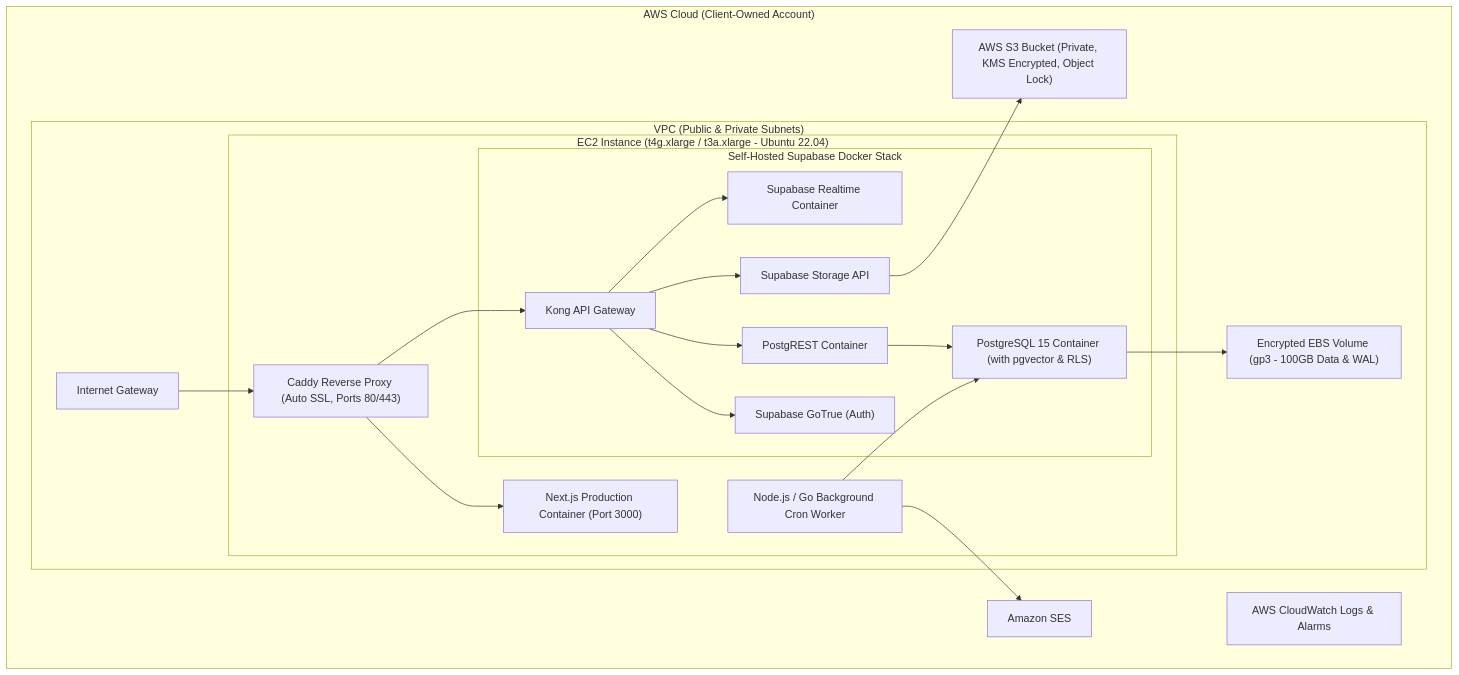
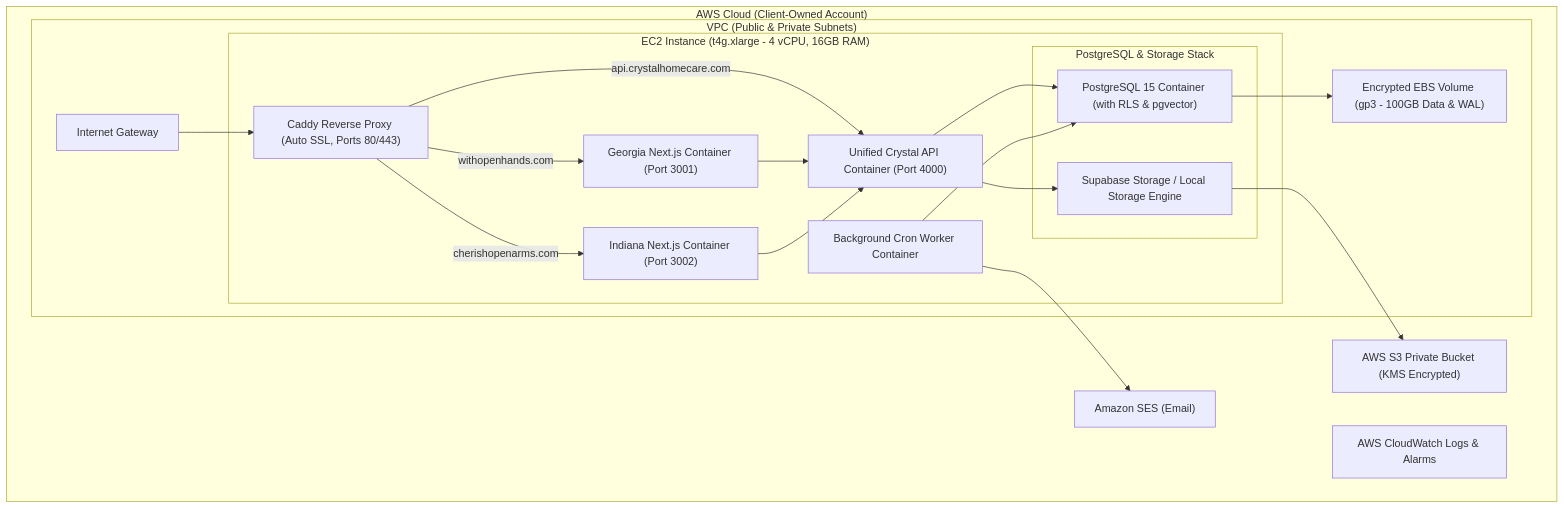
One commit to jico19/Crystal changed the fifth of 5 diagrams in docs/architecture.md. Above: the diagram before and after it, drawn with Mermaid. The commit also changed other lines of this file and 90 other files, not shown here.

````diff
--- a/docs/architecture.md
+++ b/docs/architecture.md
@@ -250,43 +460,43 @@
 ```mermaid
 graph TD
     subgraph AWS["AWS Cloud (Client-Owned Account)"]
         subgraph VPC["VPC (Public & Private Subnets)"]
             IGW["Internet Gateway"]
             
-            subgraph EC2Host["EC2 Instance (t4g.xlarge / t3a.xlarge - Ubuntu 22.04)"]
+            subgraph EC2Host["EC2 Instance (t4g.xlarge - 4 vCPU, 16GB RAM)"]
                 CaddyProxy["Caddy Reverse Proxy (Auto SSL, Ports 80/443)"]
-                NextAppContainer["Next.js Production Container (Port 3000)"]
                 
-                subgraph SupabaseDocker["Self-Hosted Supabase Docker Stack"]
-                    Kong["Kong API Gateway"]
-                    GoTrue["Supabase GoTrue (Auth)"]
-                    PostgREST_C["PostgREST Container"]
-                    Realtime_C["Supabase Realtime Container"]
-                    Storage_C["Supabase Storage API"]
-                    PostgresContainer["PostgreSQL 15 Container (with pgvector & RLS)"]
+                GA_App_C["Georgia Next.js Container (Port 3001)"]
+                IN_App_C["Indiana Next.js Container (Port 3002)"]
+                API_C["Unified Crystal API Container (Port 4000)"]
+                
+                subgraph DBStack["PostgreSQL & Storage Stack"]
+                    PostgresC["PostgreSQL 15 Container (with RLS & pgvector)"]
+                    StorageC["Supabase Storage / Local Storage Engine"]
                 end
                 
-                CronWorker["Node.js / Go Background Cron Worker"]
+                CronWorker_C["Background Cron Worker Container"]
             end
             
             EBS["Encrypted EBS Volume (gp3 - 100GB Data & WAL)"]
         end
         
-        S3Private["AWS S3 Bucket (Private, KMS Encrypted, Object Lock)"]
-        SESService["Amazon SES"]
+        S3Private["AWS S3 Private Bucket (KMS Encrypted)"]
+        SESService["Amazon SES (Email)"]
         CloudWatchLogs["AWS CloudWatch Logs & Alarms"]
     end
 
     IGW --> CaddyProxy
-    CaddyProxy --> NextAppContainer
-    CaddyProxy --> Kong
-    Kong --> GoTrue
-    Kong --> PostgREST_C
-    Kong --> Storage_C
-    Kong --> Realtime_C
-    PostgREST_C --> PostgresContainer
-    PostgresContainer --> EBS
-    Storage_C --> S3Private
-    CronWorker --> PostgresContainer
-    CronWorker --> SESService
+    CaddyProxy -- "withopenhands.com" --> GA_App_C
+    CaddyProxy -- "cherishopenarms.com" --> IN_App_C
+    CaddyProxy -- "api.crystalhomecare.com" --> API_C
+    
+    GA_App_C --> API_C
+    IN_App_C --> API_C
+    API_C --> PostgresC
+    API_C --> StorageC
+    PostgresC --> EBS
+    StorageC --> S3Private
+    CronWorker_C --> PostgresC
+    CronWorker_C --> SESService
 ```
````
